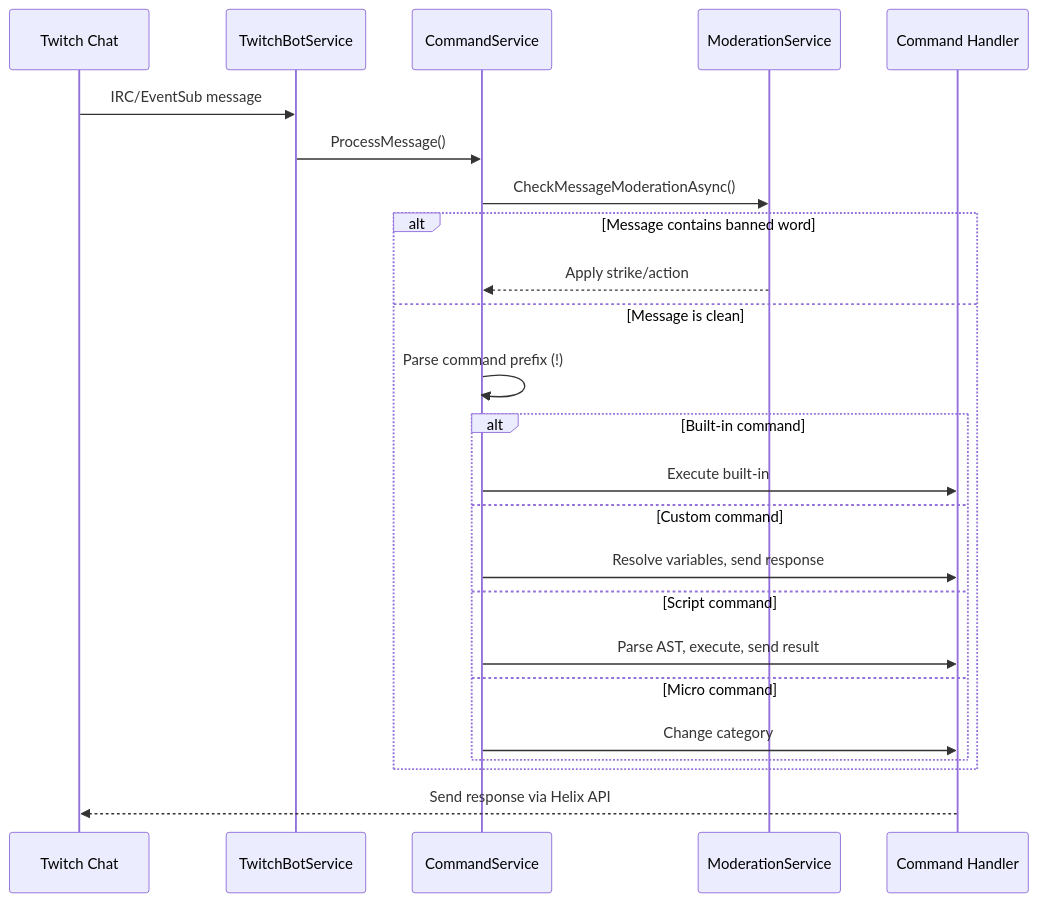
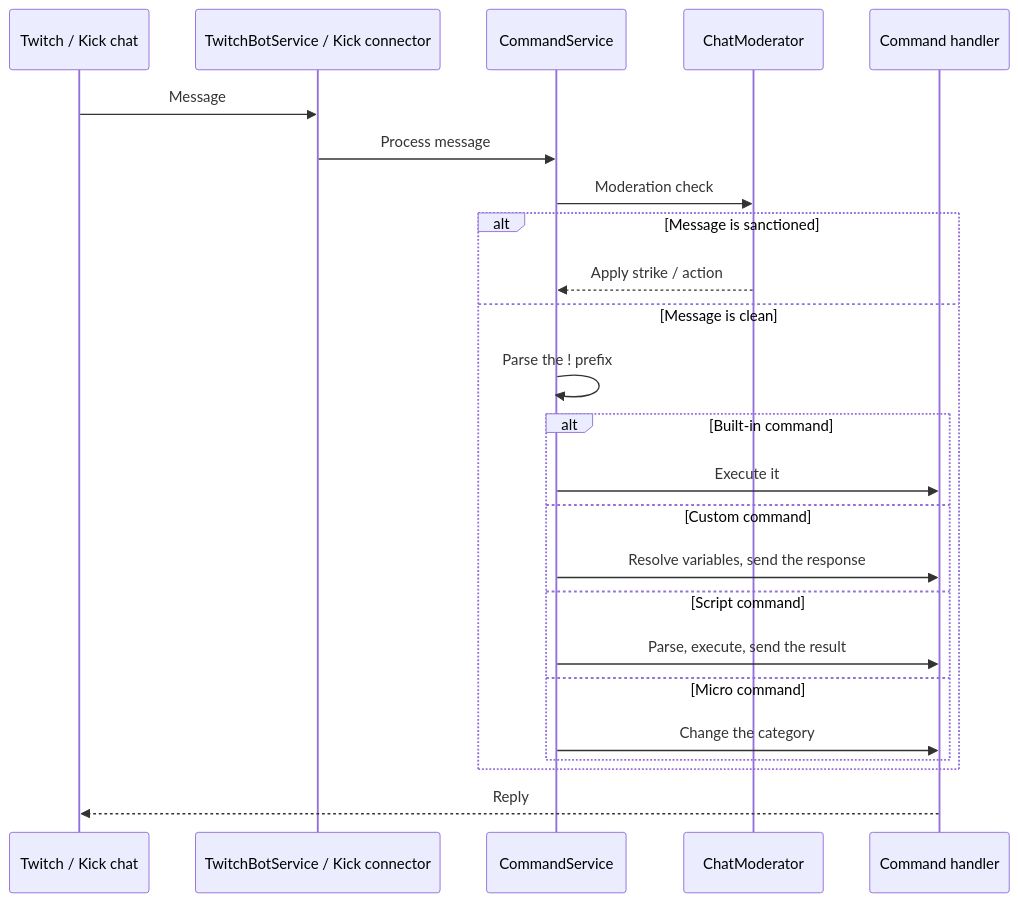
The second of 2 diagrams in docs/COMMANDS.md (decatrondev/decatron), drawn with Mermaid before and after one commit. The commit also changed other lines of this file and 14 other files, not shown here.

Commit message:
Documentación de GitHub: docs/ revisados contra el código (EventSub por conduit, API pública v1, comandos, overlays, configuración, despliegue) y versión completa en español en docs/es

````diff
--- a/docs/COMMANDS.md
+++ b/docs/COMMANDS.md
@@ -584,27 +541,27 @@
 ```mermaid
 sequenceDiagram
-    participant Twitch as Twitch Chat
-    participant Bot as TwitchBotService
+    participant Chat as Twitch / Kick chat
+    participant Bot as TwitchBotService / Kick connector
     participant Cmd as CommandService
-    participant Mod as ModerationService
-    participant Handler as Command Handler
+    participant Mod as ChatModerator
+    participant Handler as Command handler
 
-    Twitch->>Bot: IRC/EventSub message
-    Bot->>Cmd: ProcessMessage()
-    Cmd->>Mod: CheckMessageModerationAsync()
-    alt Message contains banned word
-        Mod-->>Cmd: Apply strike/action
+    Chat->>Bot: Message
+    Bot->>Cmd: Process message
+    Cmd->>Mod: Moderation check
+    alt Message is sanctioned
+        Mod-->>Cmd: Apply strike / action
     else Message is clean
-        Cmd->>Cmd: Parse command prefix (!)
+        Cmd->>Cmd: Parse the ! prefix
         alt Built-in command
-            Cmd->>Handler: Execute built-in
+            Cmd->>Handler: Execute it
         else Custom command
-            Cmd->>Handler: Resolve variables, send response
+            Cmd->>Handler: Resolve variables, send the response
         else Script command
-            Cmd->>Handler: Parse AST, execute, send result
+            Cmd->>Handler: Parse, execute, send the result
         else Micro command
-            Cmd->>Handler: Change category
+            Cmd->>Handler: Change the category
         end
     end
-    Handler-->>Twitch: Send response via Helix API
+    Handler-->>Chat: Reply
 ```
````
